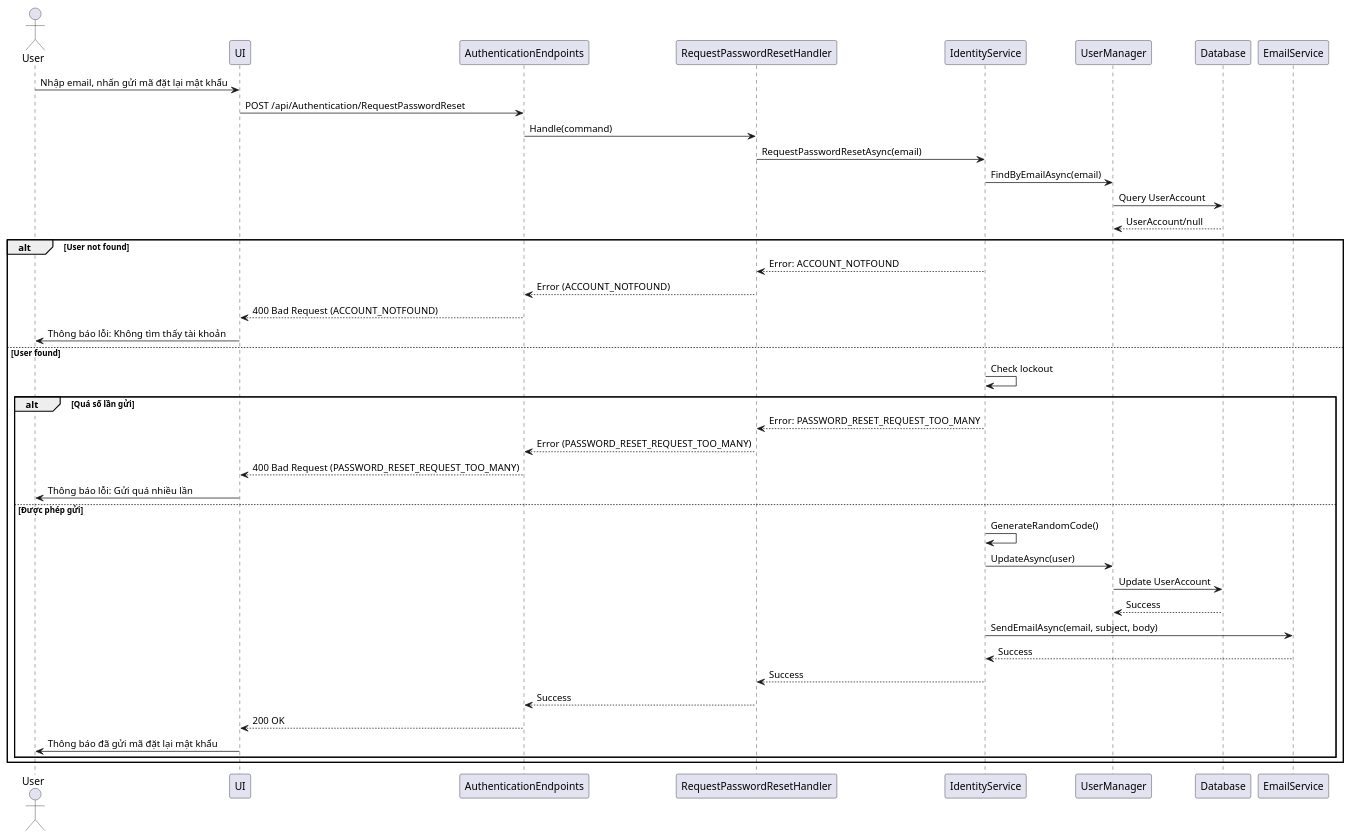
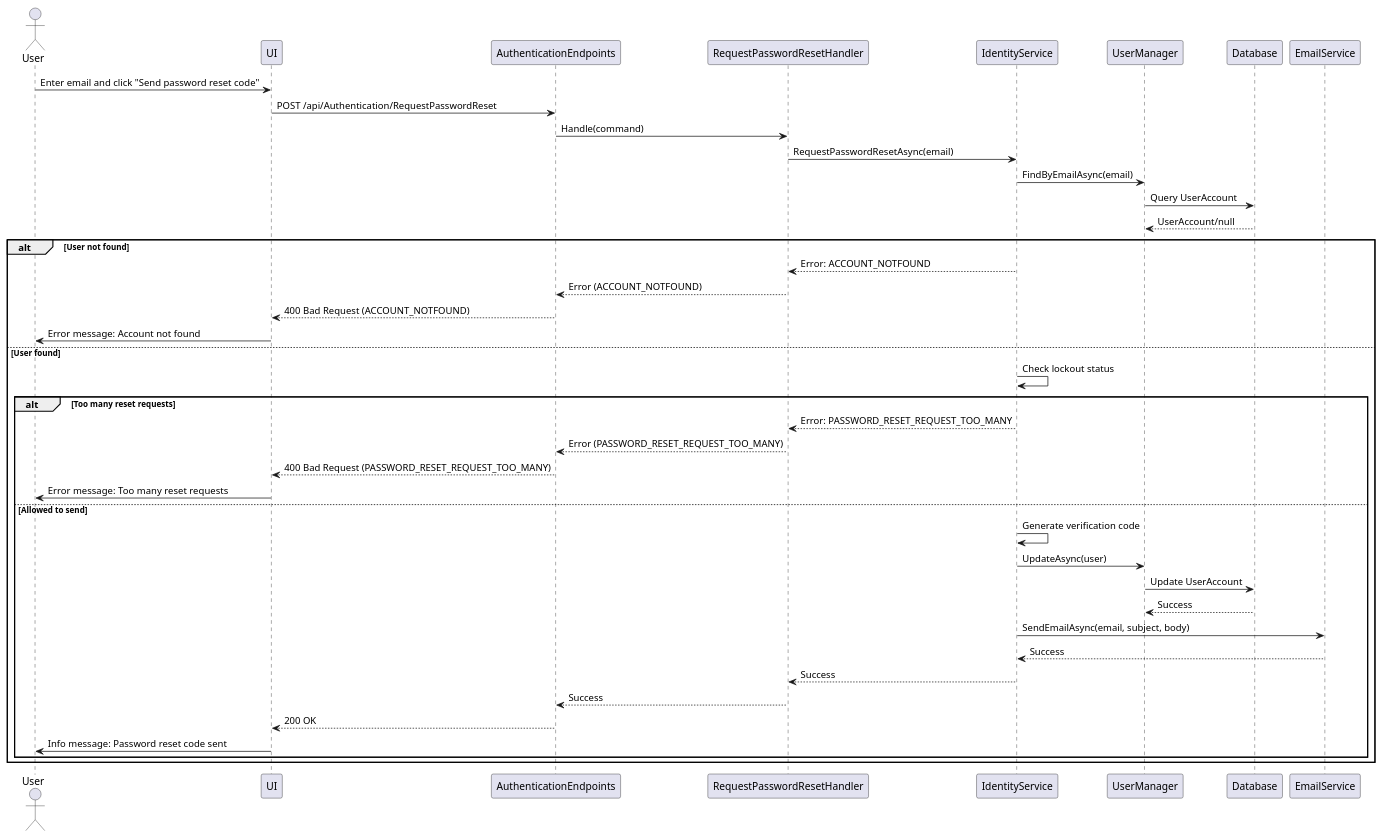
Before and after one commit to thanhkhac/SEP_Diagram: the diagram in authentication/Sequence/08_RequestResetPassword.puml, drawn with PlantUML. The commit also changed 8 other files, not shown here.

First line of the commit message:
Update authentication sequence diagrams for clarity and consistency

```diff
--- a/authentication/Sequence/08_RequestResetPassword.puml
+++ b/authentication/Sequence/08_RequestResetPassword.puml
@@ -1,43 +1,44 @@
 @startuml
 actor User
 participant UI
 participant AuthenticationEndpoints
 participant RequestPasswordResetHandler
 participant IdentityService
 participant UserManager
 participant Database
 participant EmailService
 
-User -> UI : Nhập email, nhấn gửi mã đặt lại mật khẩu
+User -> UI : Enter email and click "Send password reset code"
 UI -> AuthenticationEndpoints : POST /api/Authentication/RequestPasswordReset
 AuthenticationEndpoints -> RequestPasswordResetHandler : Handle(command)
 RequestPasswordResetHandler -> IdentityService : RequestPasswordResetAsync(email)
 IdentityService -> UserManager : FindByEmailAsync(email)
 UserManager -> Database : Query UserAccount
 Database --> UserManager : UserAccount/null
+
 alt User not found
     IdentityService --> RequestPasswordResetHandler : Error: ACCOUNT_NOTFOUND
     RequestPasswordResetHandler --> AuthenticationEndpoints : Error (ACCOUNT_NOTFOUND)
     AuthenticationEndpoints --> UI : 400 Bad Request (ACCOUNT_NOTFOUND)
-    UI -> User : Thông báo lỗi: Không tìm thấy tài khoản
+    UI -> User : Error message: Account not found
 else User found
-    IdentityService -> IdentityService : Check lockout
-    alt Quá số lần gửi
+    IdentityService -> IdentityService : Check lockout status
+    alt Too many reset requests
         IdentityService --> RequestPasswordResetHandler : Error: PASSWORD_RESET_REQUEST_TOO_MANY
         RequestPasswordResetHandler --> AuthenticationEndpoints : Error (PASSWORD_RESET_REQUEST_TOO_MANY)
         AuthenticationEndpoints --> UI : 400 Bad Request (PASSWORD_RESET_REQUEST_TOO_MANY)
-        UI -> User : Thông báo lỗi: Gửi quá nhiều lần
-    else Được phép gửi
-        IdentityService -> IdentityService : GenerateRandomCode()
+        UI -> User : Error message: Too many reset requests
+    else Allowed to send
+        IdentityService -> IdentityService : Generate verification code
         IdentityService -> UserManager : UpdateAsync(user)
         UserManager -> Database : Update UserAccount
         Database --> UserManager : Success
         IdentityService -> EmailService : SendEmailAsync(email, subject, body)
         EmailService --> IdentityService : Success
         IdentityService --> RequestPasswordResetHandler : Success
         RequestPasswordResetHandler --> AuthenticationEndpoints : Success
         AuthenticationEndpoints --> UI : 200 OK
-        UI -> User : Thông báo đã gửi mã đặt lại mật khẩu
+        UI -> User : Info message: Password reset code sent
     end
 end
 @enduml
```
